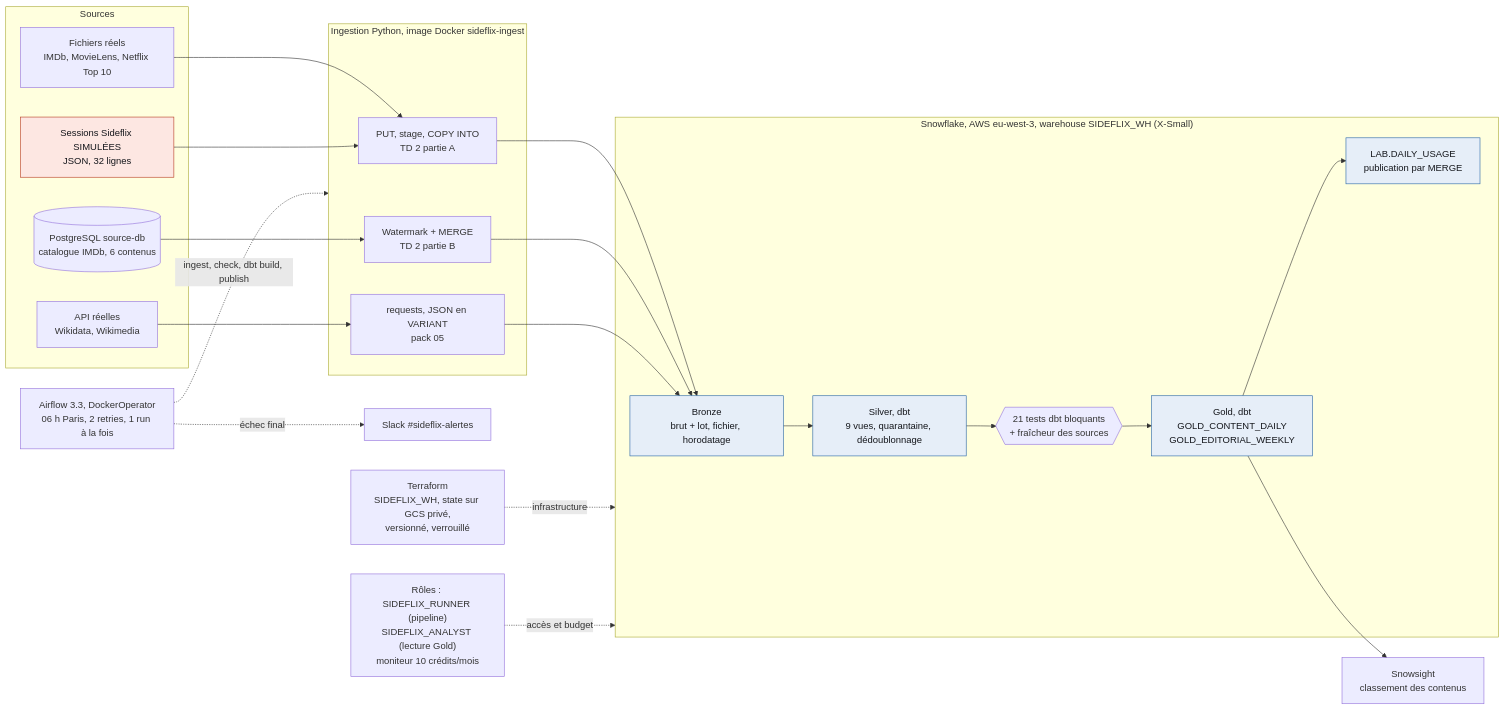
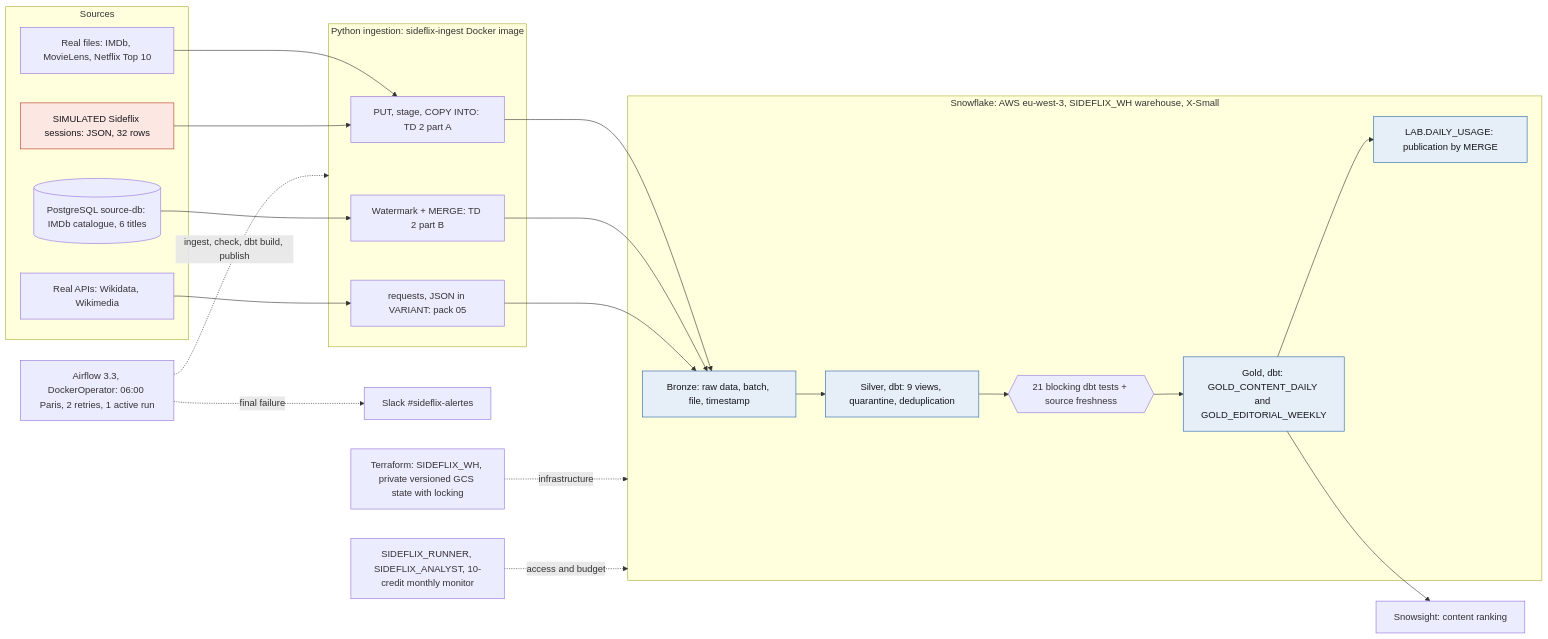
The diagram in docs/architecture_v2.md (CLDprog/SideFlix-Project), drawn with Mermaid before and after one commit. The commit also changed other lines of this file and 95 other files, not shown here.

````diff
--- a/docs/architecture_v2.md
+++ b/docs/architecture_v2.md
@@ -9,36 +9,36 @@
 ```mermaid
 flowchart LR
   subgraph SRC["Sources"]
-    FILES["Fichiers réels<br/>IMDb, MovieLens, Netflix Top 10"]
-    SESS["Sessions Sideflix SIMULÉES<br/>JSON, 32 lignes"]
-    PG[("PostgreSQL source-db<br/>catalogue IMDb, 6 contenus")]
-    API["API réelles<br/>Wikidata, Wikimedia"]
+    FILES["Real files: IMDb, MovieLens, Netflix Top 10"]
+    SESS["SIMULATED Sideflix sessions: JSON, 32 rows"]
+    PG[("PostgreSQL source-db: IMDb catalogue, 6 titles")]
+    API["Real APIs: Wikidata, Wikimedia"]
   end
-  subgraph ING["Ingestion Python, image Docker sideflix-ingest"]
-    C["PUT, stage, COPY INTO<br/>TD 2 partie A"]
-    W["Watermark + MERGE<br/>TD 2 partie B"]
-    R["requests, JSON en VARIANT<br/>pack 05"]
+  subgraph ING["Python ingestion: sideflix-ingest Docker image"]
+    C["PUT, stage, COPY INTO: TD 2 part A"]
+    W["Watermark + MERGE: TD 2 part B"]
+    R["requests, JSON in VARIANT: pack 05"]
   end
-  subgraph SF["Snowflake, AWS eu-west-3, warehouse SIDEFLIX_WH (X-Small)"]
-    B["Bronze<br/>brut + lot, fichier, horodatage"]
-    S["Silver, dbt<br/>9 vues, quarantaine, dédoublonnage"]
-    T{{"21 tests dbt bloquants<br/>+ fraîcheur des sources"}}
-    G["Gold, dbt<br/>GOLD_CONTENT_DAILY<br/>GOLD_EDITORIAL_WEEKLY"]
-    P["LAB.DAILY_USAGE<br/>publication par MERGE"]
+  subgraph SF["Snowflake: AWS eu-west-3, SIDEFLIX_WH warehouse, X-Small"]
+    B["Bronze: raw data, batch, file, timestamp"]
+    S["Silver, dbt: 9 views, quarantine, deduplication"]
+    T{{"21 blocking dbt tests + source freshness"}}
+    G["Gold, dbt: GOLD_CONTENT_DAILY and GOLD_EDITORIAL_WEEKLY"]
+    P["LAB.DAILY_USAGE: publication by MERGE"]
   end
   FILES --> C
   SESS --> C
   C --> B
   PG --> W --> B
   API --> R --> B
   B --> S --> T --> G --> P
-  G --> SN["Snowsight<br/>classement des contenus"]
-  AF["Airflow 3.3, DockerOperator<br/>06 h Paris, 2 retries, 1 run à la fois"] -. "ingest, check, dbt build, publish" .-> ING
-  AF -. "échec final" .-> SL["Slack #sideflix-alertes"]
-  TF["Terraform<br/>SIDEFLIX_WH, state sur GCS privé,<br/>versionné, verrouillé"] -. "infrastructure" .-> SF
-  RB["Rôles : SIDEFLIX_RUNNER (pipeline)<br/>SIDEFLIX_ANALYST (lecture Gold)<br/>moniteur 10 crédits/mois"] -. "accès et budget" .-> SF
+  G --> SN["Snowsight: content ranking"]
+  AF["Airflow 3.3, DockerOperator: 06:00 Paris, 2 retries, 1 active run"] -. "ingest, check, dbt build, publish" .-> ING
+  AF -. "final failure" .-> SL["Slack #sideflix-alertes"]
+  TF["Terraform: SIDEFLIX_WH, private versioned GCS state with locking"] -. "infrastructure" .-> SF
+  RB["SIDEFLIX_RUNNER, SIDEFLIX_ANALYST, 10-credit monthly monitor"] -. "access and budget" .-> SF
   classDef sim fill:#fde7e2,stroke:#b5381f,color:#15171c;
   classDef cloud fill:#e6eef8,stroke:#2563a6,color:#15171c;
   class SESS sim;
   class B,S,G,P cloud;
 ```
````
